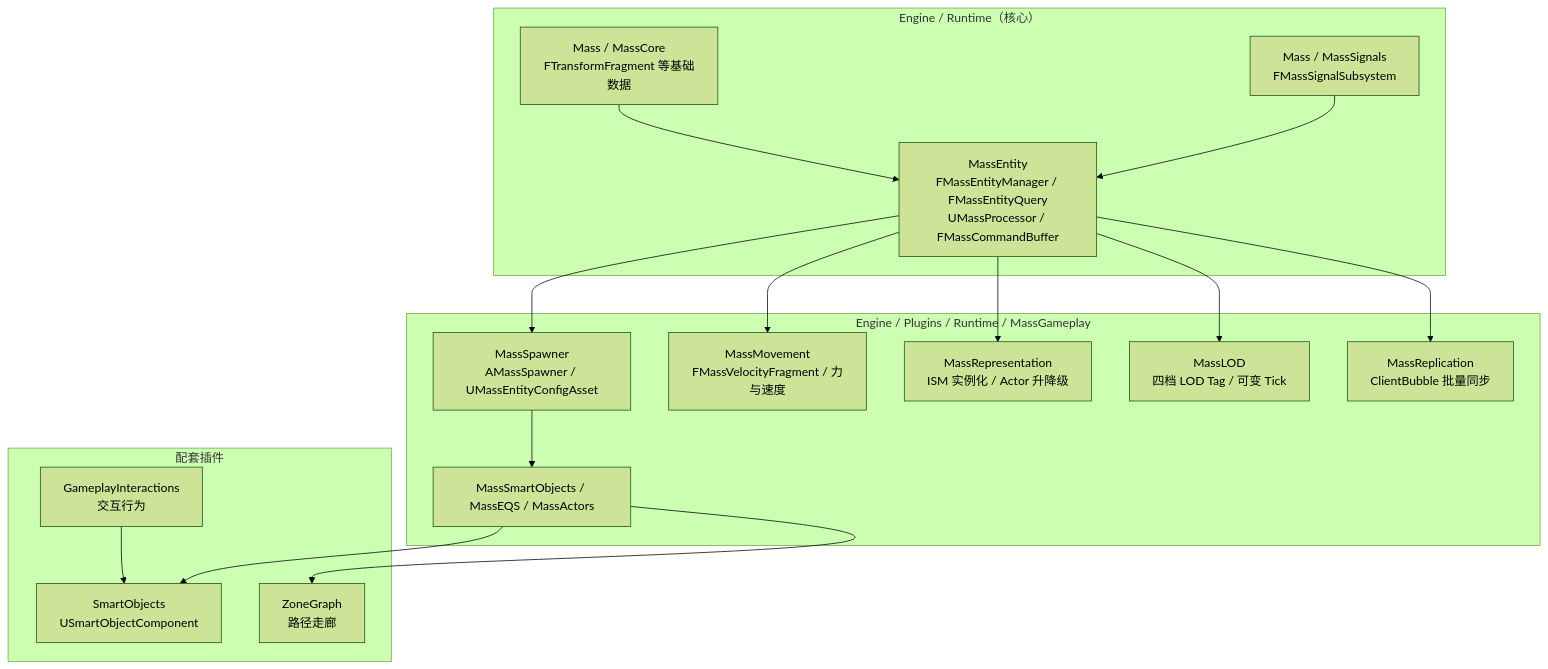
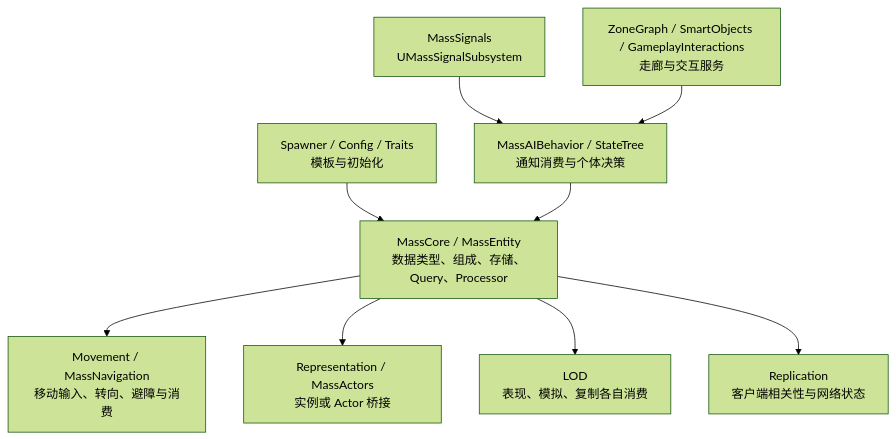
Before and after one commit to fantuan812/learning: the first of 5 diagrams in 知识/06-游戏AI/导航移动与群体协同/04-Mass实体框架与群集模拟.md, drawn with Mermaid (forest theme). The commit also changed other lines of this file and 1 other file, not shown here.

Commit message:
docs: 纠正 Mass 框架的共享数据、查询与群体示例

````diff
--- a/知识/06-游戏AI/导航移动与群体协同/04-Mass实体框架与群集模拟.md
+++ b/知识/06-游戏AI/导航移动与群体协同/04-Mass实体框架与群集模拟.md
@@ -61,32 +133,12 @@
 ```mermaid
 flowchart TD
-    subgraph 核心层["Engine / Runtime（核心）"]
-        ME["MassEntity<br/>FMassEntityManager / FMassEntityQuery<br/>UMassProcessor / FMassCommandBuffer"]
-        MC["Mass / MassCore<br/>FTransformFragment 等基础数据"]
-        MSG["Mass / MassSignals<br/>FMassSignalSubsystem"]
-    end
-    subgraph 功能层["Engine / Plugins / Runtime / MassGameplay"]
-        SP["MassSpawner<br/>AMassSpawner / UMassEntityConfigAsset"]
-        MV["MassMovement<br/>FMassVelocityFragment / 力与速度"]
-        MR["MassRepresentation<br/>ISM 实例化 / Actor 升降级"]
-        ML["MassLOD<br/>四档 LOD Tag / 可变 Tick"]
-        MREP["MassReplication<br/>ClientBubble 批量同步"]
-        MSO["MassSmartObjects / MassEQS / MassActors"]
-    end
-    subgraph 配套插件
-        SO["SmartObjects<br/>USmartObjectComponent"]
-        GI["GameplayInteractions<br/>交互行为"]
-        ZG["ZoneGraph<br/>路径走廊"]
-    end
-    ME --> SP
-    ME --> MV
-    ME --> MR
-    ME --> ML
-    ME --> MREP
-    MC --> ME
-    MSG --> ME
-    MSO --> SO
-    MSO --> ZG
-    GI --> SO
-    SP --> MSO
+    Core["MassCore / MassEntity<br/>数据类型、组成、存储、Query、Processor"]
+    Config["Spawner / Config / Traits<br/>模板与初始化"] --> Core
+    Core --> Movement["Movement / MassNavigation<br/>移动输入、转向、避障与消费"]
+    Core --> Visual["Representation / MassActors<br/>实例或 Actor 桥接"]
+    Core --> LOD["LOD<br/>表现、模拟、复制各自消费"]
+    Core --> Net["Replication<br/>客户端相关性与网络状态"]
+    Signals["MassSignals<br/>UMassSignalSubsystem"] --> AI["MassAIBehavior / StateTree<br/>通知消费与个体决策"]
+    AI --> Core
+    World["ZoneGraph / SmartObjects / GameplayInteractions<br/>走廊与交互服务"] --> AI
 ```
````
